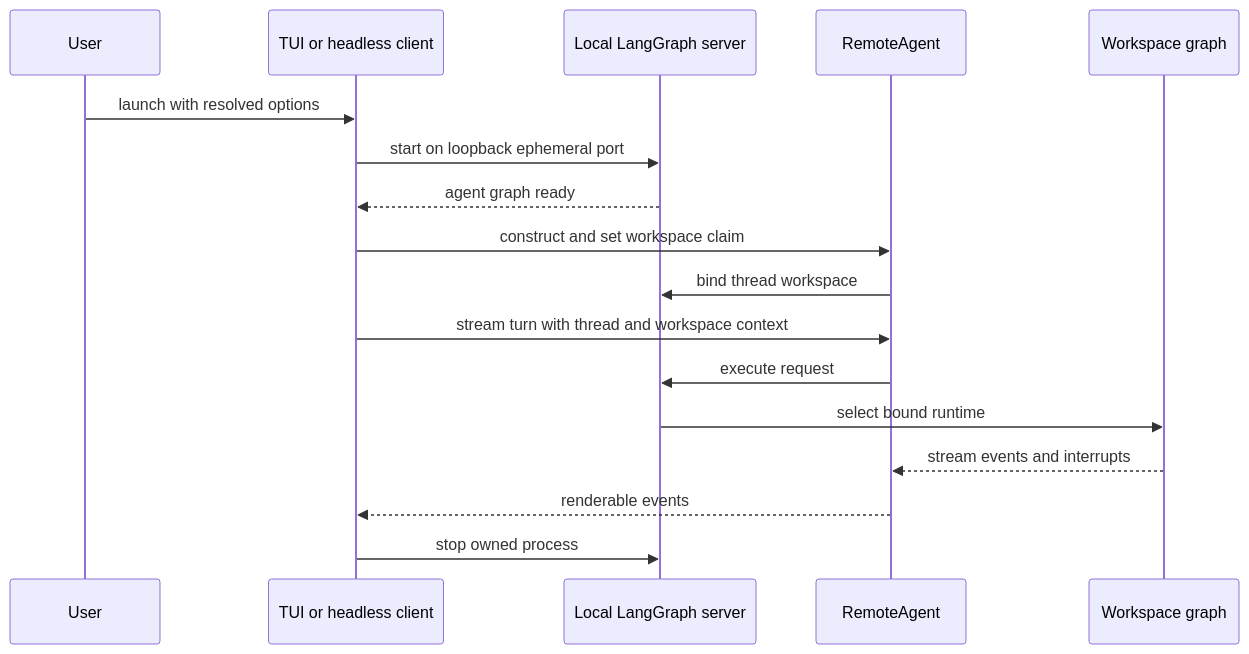
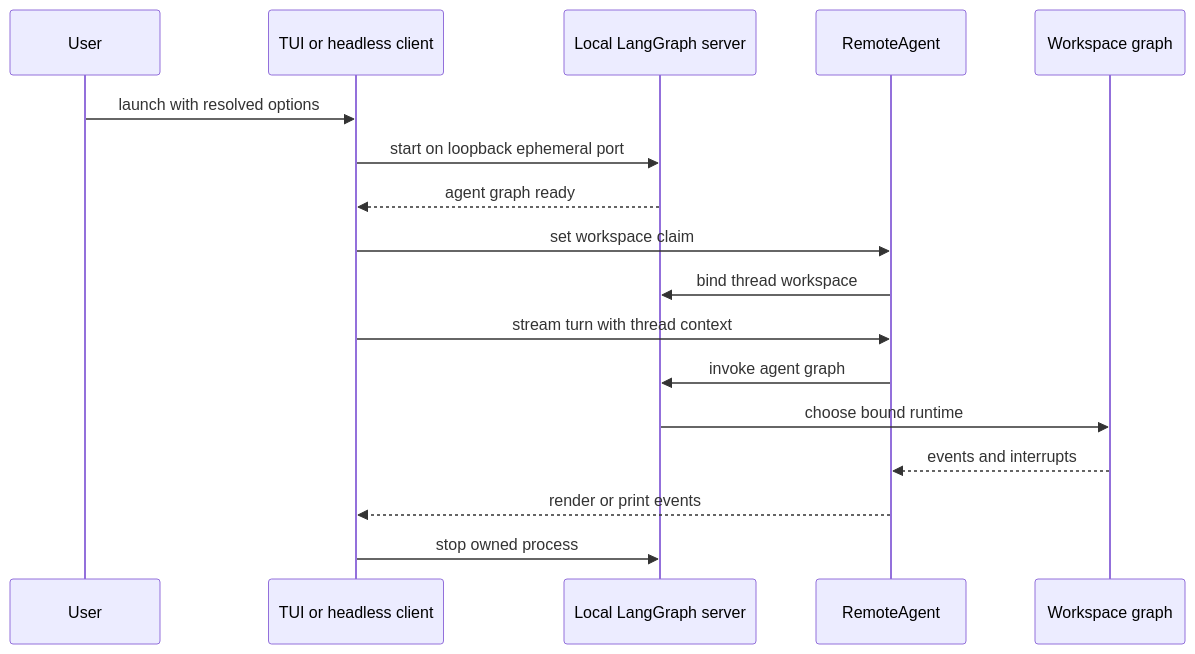
The second of 3 diagrams in openwiki/workflows/run-dcode-session.md (langchain-ai/deepagents), drawn with Mermaid before and after one commit. The commit also changed other lines of this file and 67 other files, not shown here.

````diff
--- a/openwiki/workflows/run-dcode-session.md
+++ b/openwiki/workflows/run-dcode-session.md
@@ -82,19 +119,19 @@
 ```mermaid
 sequenceDiagram
     participant User
     participant Client as TUI or headless client
     participant Server as Local LangGraph server
     participant Agent as RemoteAgent
     participant Graph as Workspace graph
     User->>Client: launch with resolved options
     Client->>Server: start on loopback ephemeral port
     Server-->>Client: agent graph ready
-    Client->>Agent: construct and set workspace claim
+    Client->>Agent: set workspace claim
     Agent->>Server: bind thread workspace
-    Client->>Agent: stream turn with thread and workspace context
-    Agent->>Server: execute request
-    Server->>Graph: select bound runtime
-    Graph-->>Agent: stream events and interrupts
-    Agent-->>Client: renderable events
+    Client->>Agent: stream turn with thread context
+    Agent->>Server: invoke agent graph
+    Server->>Graph: choose bound runtime
+    Graph-->>Agent: events and interrupts
+    Agent-->>Client: render or print events
     Client->>Server: stop owned process
 ```
````
